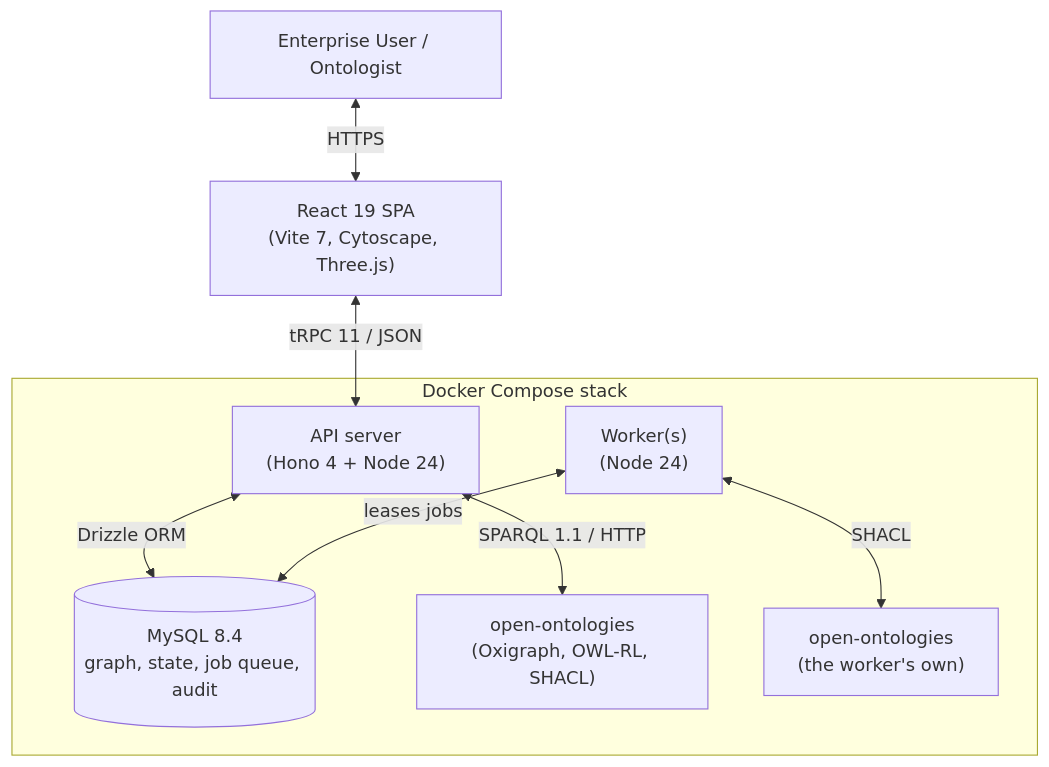
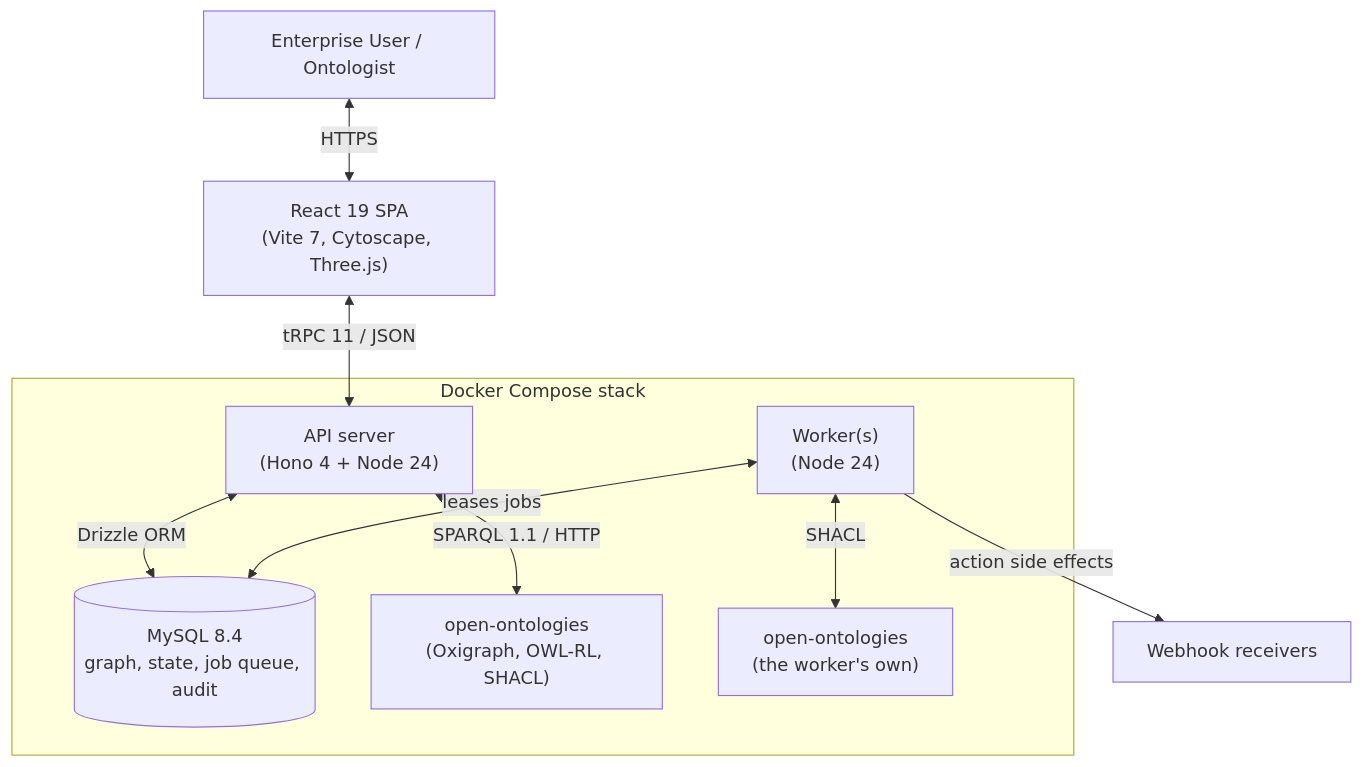
The diagram in README.md (WrdCstlg/ontos-digital-twin), drawn with Mermaid before and after one commit. The commit also changed other lines of this file and 54 other files, not shown here.

First line of the commit message:
feat: action types, governed edits to the knowledge graph (increment 2)

````diff
--- a/README.md
+++ b/README.md
@@ -60,17 +66,18 @@
 ```mermaid
 graph TD
     User["Enterprise User / Ontologist"] <-->|HTTPS| Web["React 19 SPA<br/>(Vite 7, Cytoscape, Three.js)"]
     Web <-->|tRPC 11 / JSON| Hono["API server<br/>(Hono 4 + Node 24)"]
     Hono <-->|Drizzle ORM| MySQL[("MySQL 8.4<br/>graph, state, job queue, audit")]
     Hono <-->|SPARQL 1.1 / HTTP| Engine["open-ontologies<br/>(Oxigraph, OWL-RL, SHACL)"]
     Worker["Worker(s)<br/>(Node 24)"] <-->|leases jobs| MySQL
     Worker <-->|SHACL| EngineW["open-ontologies<br/>(the worker's own)"]
+    Worker -->|action side effects| Hooks["Webhook receivers"]
 
     subgraph Compose ["Docker Compose stack"]
         Hono
         Worker
         MySQL
         Engine
         EngineW
     end
 ```
````
